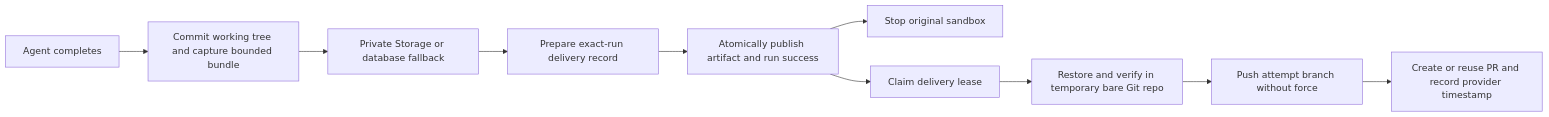
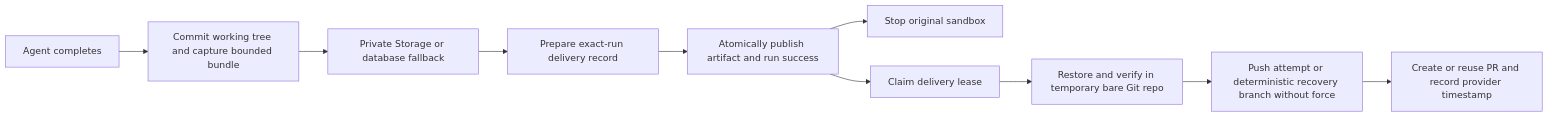
Before and after one commit to anantjain-xyz/wallie-dev: the first of 2 diagrams in docs/WORKER-OPERATIONS.md, drawn with Mermaid. The commit also changed other lines of this file and 4 other files, not shown here.

````diff
--- a/docs/WORKER-OPERATIONS.md
+++ b/docs/WORKER-OPERATIONS.md
@@ -87,12 +87,12 @@
 ```mermaid
 flowchart LR
   Agent[Agent completes] --> Capture[Commit working tree and capture bounded bundle]
   Capture --> Store[Private Storage or database fallback]
   Store --> Outbox[Prepare exact-run delivery record]
   Outbox --> Publish[Atomically publish artifact and run success]
   Publish --> Stop[Stop original sandbox]
   Publish --> Claim[Claim delivery lease]
   Claim --> Restore[Restore and verify in temporary bare Git repo]
-  Restore --> Push[Push attempt branch without force]
+  Restore --> Push[Push attempt or deterministic recovery branch without force]
   Push --> PR[Create or reuse PR and record provider timestamp]
 ```
````
